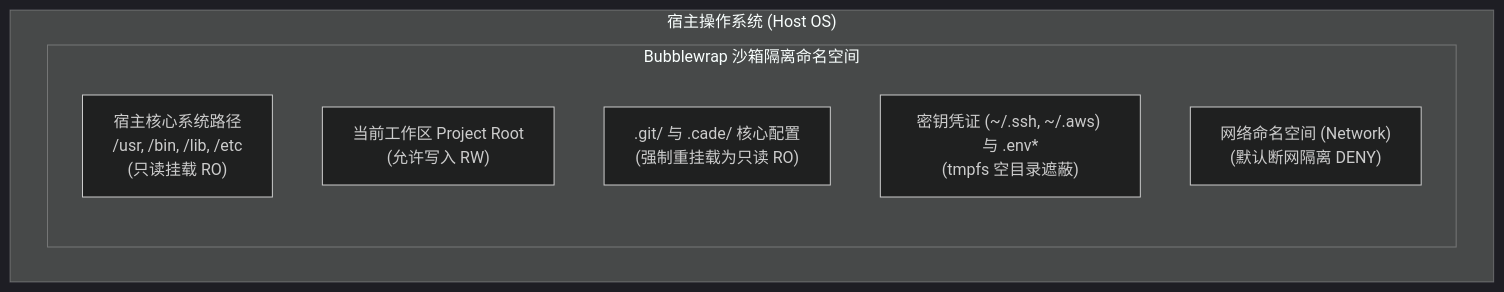
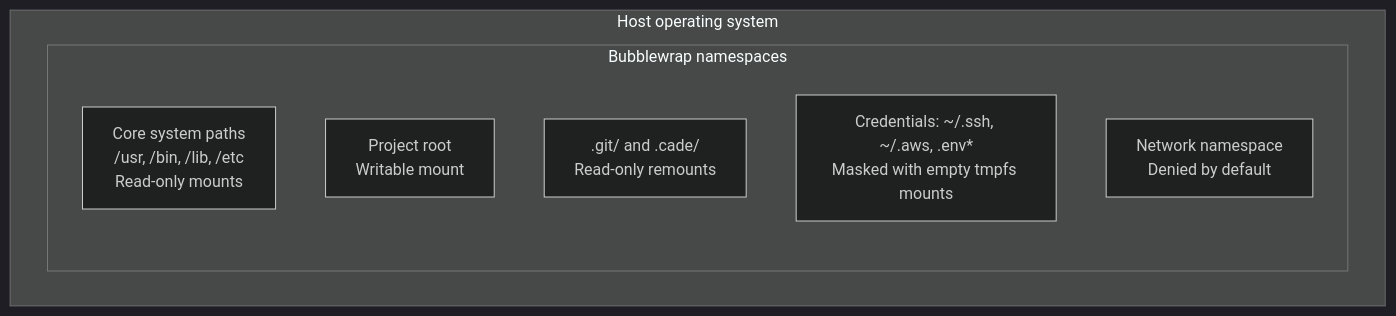
Before and after one commit to reddishJade/cade: the diagram in docs/guide/security.md, drawn with Mermaid (dark theme). The commit also changed other lines of this file and 93 other files, not shown here.

````diff
--- a/docs/guide/security.md
+++ b/docs/guide/security.md
@@ -11,12 +13,12 @@
 ```mermaid
 graph TD
-    subgraph Host["宿主操作系统 (Host OS)"]
-        subgraph Sandbox["Bubblewrap 沙箱隔离命名空间"]
-            RO["宿主核心系统路径<br/>/usr, /bin, /lib, /etc<br/>(只读挂载 RO)"]
-            RW["当前工作区 Project Root<br/>(允许写入 RW)"]
-            RepoRO[".git/ 与 .cade/ 核心配置<br/>(强制重挂载为只读 RO)"]
-            Masked["密钥凭证 (~/.ssh, ~/.aws) 与 .env*<br/>(tmpfs 空目录遮蔽)"]
-            Net["网络命名空间 (Network)<br/>(默认断网隔离 DENY)"]
+    subgraph Host["Host operating system"]
+        subgraph Sandbox["Bubblewrap namespaces"]
+            RO["Core system paths<br/>/usr, /bin, /lib, /etc<br/>Read-only mounts"]
+            RW["Project root<br/>Writable mount"]
+            RepoRO[".git/ and .cade/<br/>Read-only remounts"]
+            Masked["Credentials: ~/.ssh, ~/.aws, .env*<br/>Masked with empty tmpfs mounts"]
+            Net["Network namespace<br/>Denied by default"]
         end
     end
 ```
````
